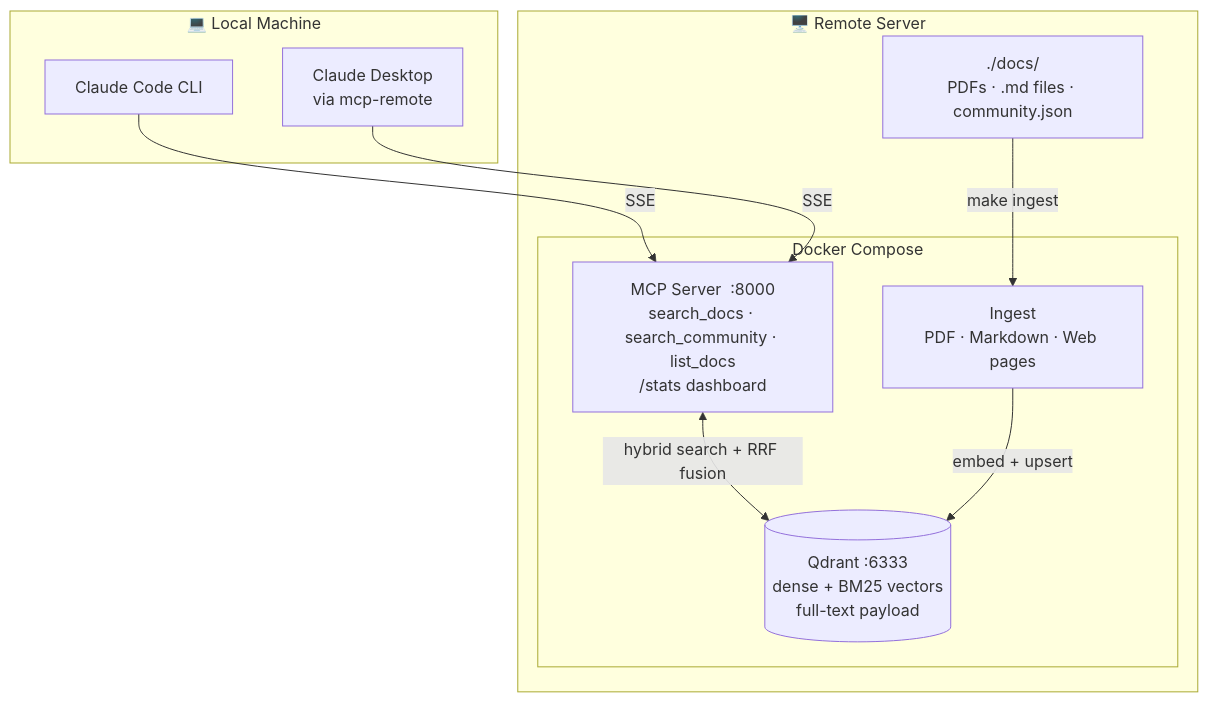
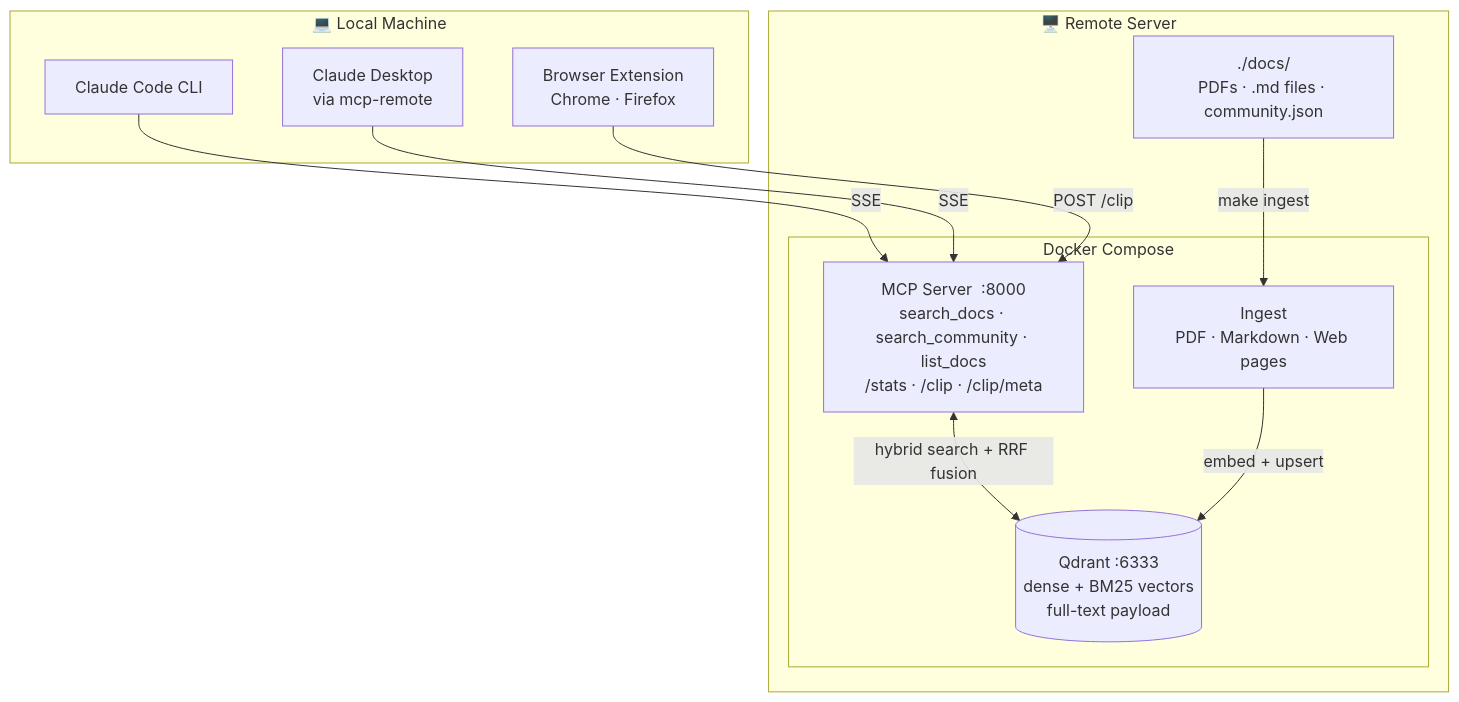
One commit to afly007/rag-docs changed the diagram in README.md. Above: the diagram before and after it, drawn with Mermaid. The commit also changed other lines of this file and 4 other files, not shown here.

````diff
--- a/README.md
+++ b/README.md
@@ -22,22 +22,24 @@
 ```mermaid
 flowchart TB
     subgraph local["💻 Local Machine"]
         CC["Claude Code CLI"]
         CD["Claude Desktop\nvia mcp-remote"]
+        BE["Browser Extension\nChrome · Firefox"]
     end
 
     subgraph remote["🖥️ Remote Server"]
         subgraph docker["Docker Compose"]
-            MCP["MCP Server  :8000\nsearch_docs · search_community · list_docs\n/stats dashboard"]
+            MCP["MCP Server  :8000\nsearch_docs · search_community · list_docs\n/stats · /clip · /clip/meta"]
             QD[("Qdrant  :6333\ndense + BM25 vectors\nfull-text payload")]
             IN["Ingest\nPDF · Markdown · Web pages"]
         end
         DOCS["./docs/\nPDFs · .md files · community.json"]
     end
 
     CC -->|SSE| MCP
     CD -->|SSE| MCP
+    BE -->|"POST /clip"| MCP
     MCP <-->|"hybrid search + RRF fusion"| QD
     IN -->|"embed + upsert"| QD
     DOCS -->|"make ingest"| IN
 ```
````
